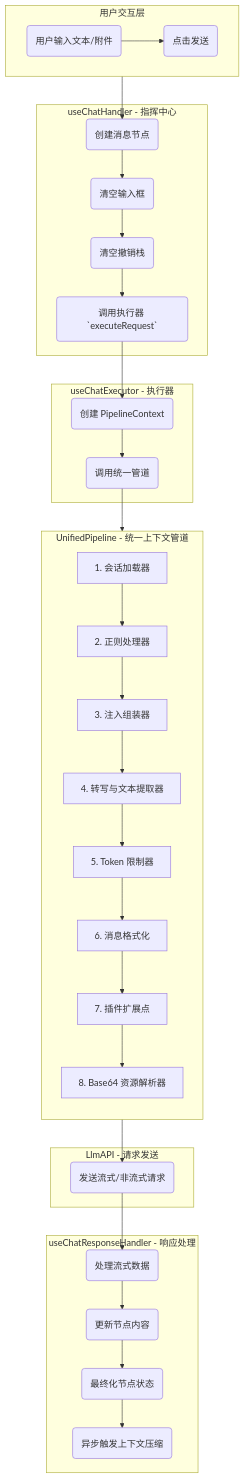
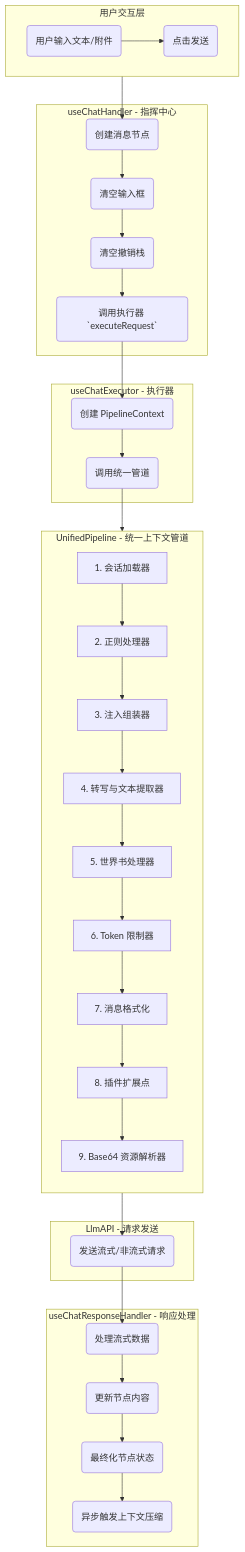
The second of 2 diagrams in src/tools/llm-chat/ARCHITECTURE.md (miaotouy/aio-hub), drawn with Mermaid before and after one commit. The commit also changed other lines of this file and 2 other files, not shown here.

````diff
--- a/src/tools/llm-chat/ARCHITECTURE.md
+++ b/src/tools/llm-chat/ARCHITECTURE.md
@@ -418,47 +431,48 @@
 ```mermaid
 graph TD
     subgraph A [用户交互层]
         direction LR
         A1(用户输入文本/附件) --> A2(点击发送)
     end
 
     subgraph B [useChatHandler - 指挥中心]
         B1(创建消息节点) --> B2(清空输入框)
         B2 --> B3(清空撤销栈)
         B3 --> B4(调用执行器 `executeRequest`)
     end
 
     subgraph C [useChatExecutor - 执行器]
         C1(创建 PipelineContext) --> C2(调用统一管道)
     end
 
     subgraph D [UnifiedPipeline - 统一上下文管道]
         direction TB
         D1[1. 会话加载器]
         D2[2. 正则处理器]
         D3[3. 注入组装器]
         D4[4. 转写与文本提取器]
-        D5[5. Token 限制器]
-        D6[6. 消息格式化]
-        D7[7. 插件扩展点]
-        D8[8. Base64 资源解析器]
+        D5[5. 世界书处理器]
+        D6[6. Token 限制器]
+        D7[7. 消息格式化]
+        D8[8. 插件扩展点]
+        D9[9. Base64 资源解析器]
 
-        D1 --> D2 --> D3 --> D4 --> D5 --> D6 --> D7 --> D8
+        D1 --> D2 --> D3 --> D4 --> D5 --> D6 --> D7 --> D8 --> D9
     end
 
     subgraph E [LlmAPI - 请求发送]
         E1(发送流式/非流式请求)
     end
 
     subgraph F [useChatResponseHandler - 响应处理]
         F1(处理流式数据) --> F2(更新节点内容)
         F2 --> F3(最终化节点状态)
         F3 --> F4(异步触发上下文压缩)
     end
 
     A2 --> B1
     B4 --> C1
     C2 --> D
     D8 --> E1
     E1 --> F1
 ```
````
